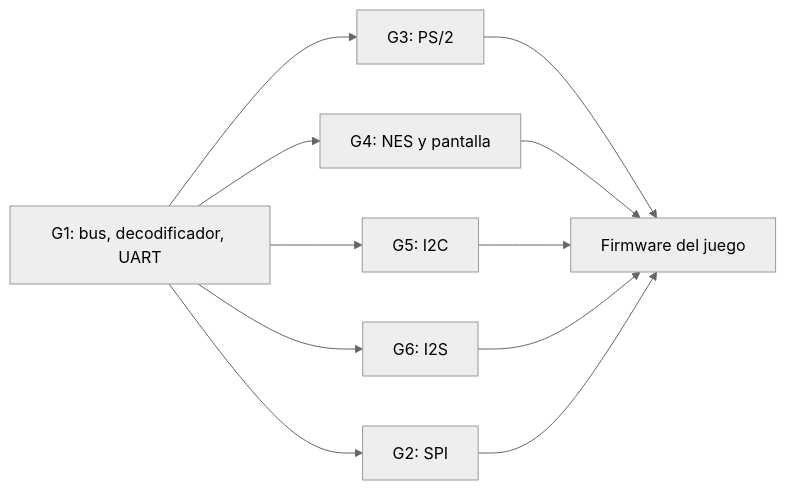
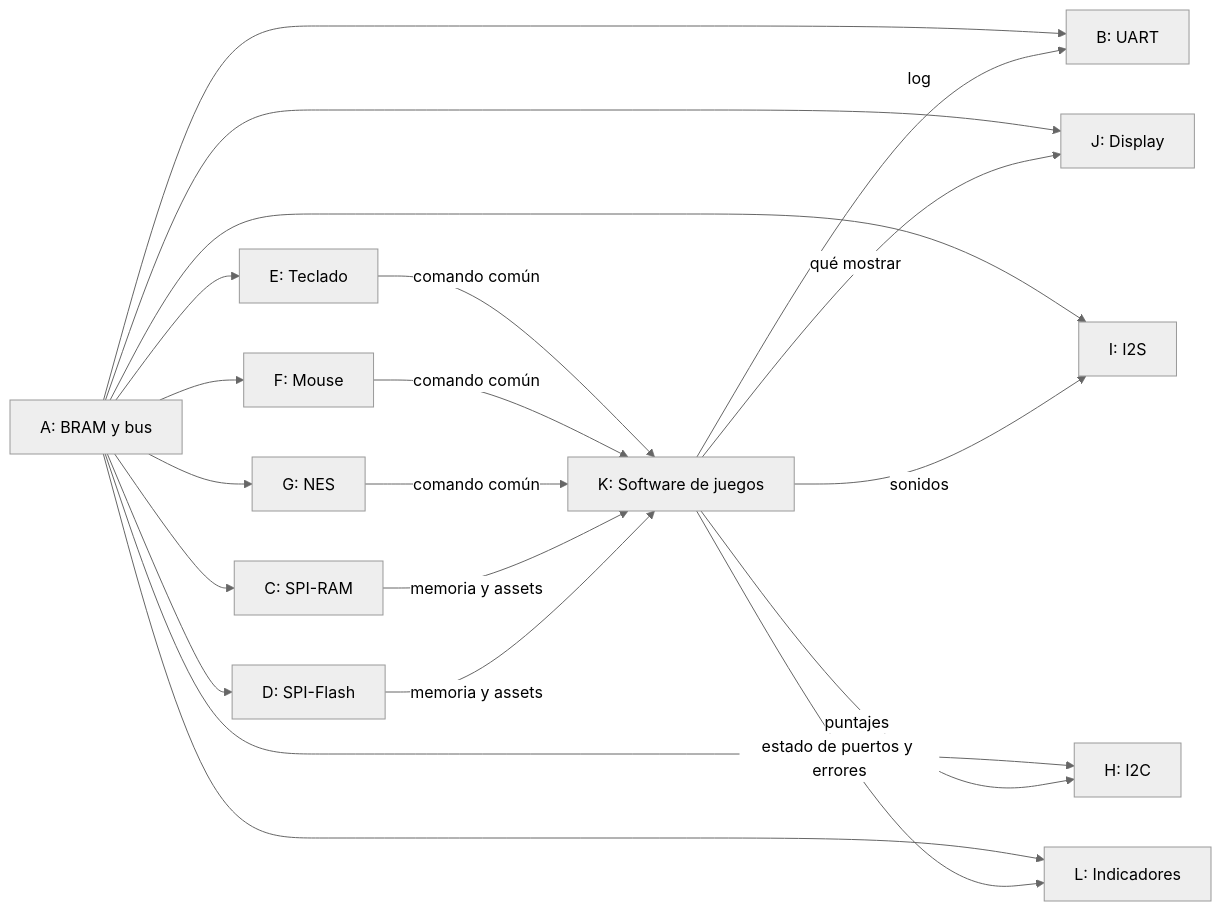
The diagram in planificacion/equipos.md (wwilchesc/Proyecto-Digital-1-v2), drawn with Mermaid (neutral theme) before and after one commit. The commit also changed other lines of this file and 33 other files, not shown here.

````diff
--- a/planificacion/equipos.md
+++ b/planificacion/equipos.md
@@ -67,13 +36,20 @@
 ```mermaid
 flowchart LR
-    G1[G1: bus, decodificador, UART] --> G2[G2: SPI]
-    G1 --> G3[G3: PS/2]
-    G1 --> G4[G4: NES y pantalla]
-    G1 --> G5[G5: I2C]
-    G1 --> G6[G6: I2S]
-    G3 --> J[Firmware del juego]
-    G4 --> J
-    G5 --> J
-    G6 --> J
-    G2 --> J
+    A[A: BRAM y bus] --> B[B: UART]
+    A --> C[C: SPI-RAM]
+    A --> D[D: SPI-Flash]
+    A --> E[E: Teclado]
+    A --> F[F: Mouse]
+    A --> G[G: NES]
+    A --> H[H: I2C]
+    A --> I[I: I2S]
+    A --> J[J: Display]
+    A --> L[L: Indicadores]
+    E & F & G -- comando común --> K[K: Software de juegos]
+    C & D -- memoria y assets --> K
+    K -- qué mostrar --> J
+    K -- sonidos --> I
+    K -- puntajes --> H
+    K -- estado de puertos y errores --> L
+    K -- log --> B
 ```
````
